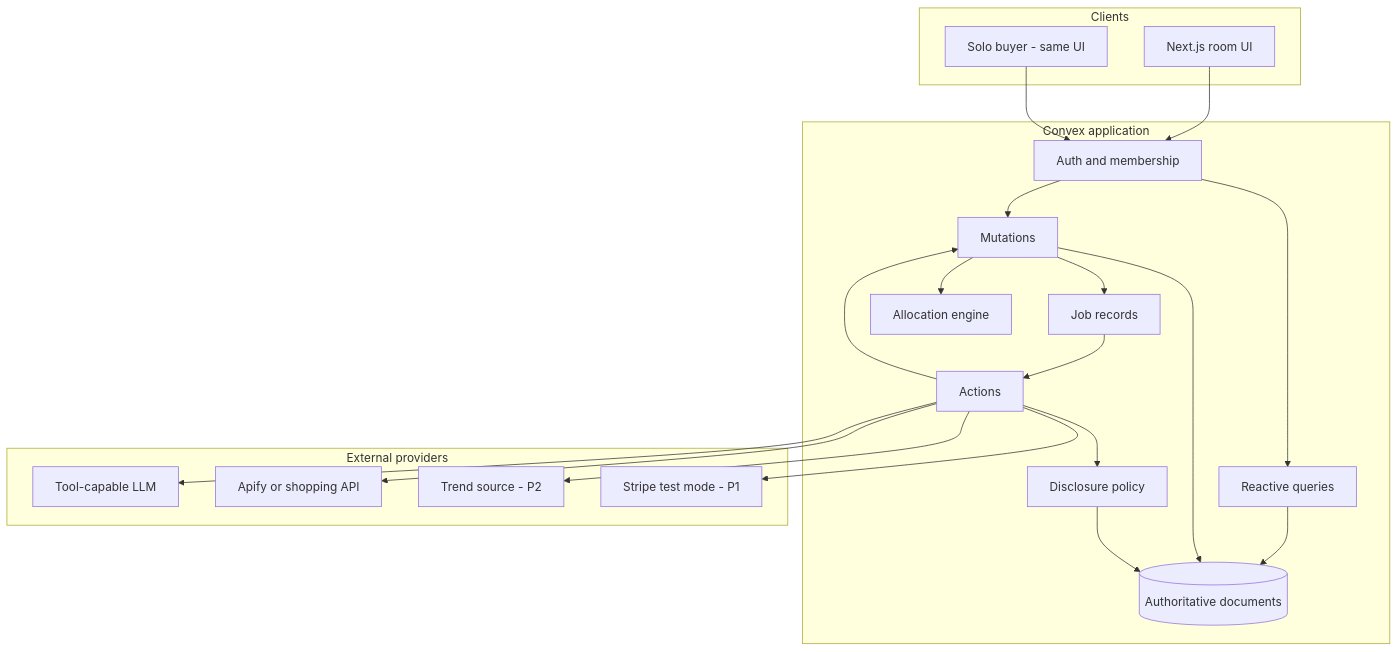
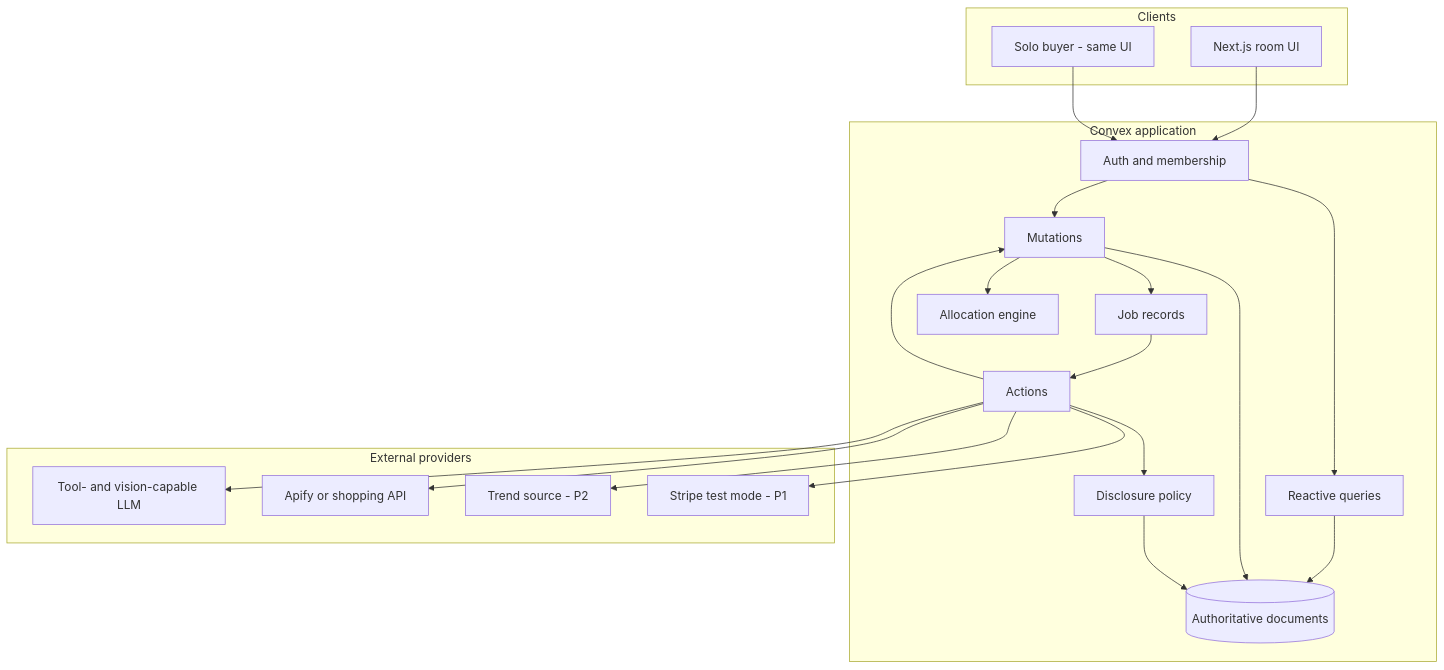
One commit to Jonjlim/calhacks2026 changed the first of 3 diagrams in docs/ARCHITECTURE.md. Above: the diagram before and after it, drawn with Mermaid. The commit also changed other lines of this file and 7 other files, not shown here.

````diff
--- a/docs/ARCHITECTURE.md
+++ b/docs/ARCHITECTURE.md
@@ -50,42 +50,42 @@
 ```mermaid
 flowchart TB
   subgraph clients [Clients]
     Web[Next.js room UI]
     Solo[Solo buyer - same UI]
   end
 
   subgraph convex [Convex application]
     Auth[Auth and membership]
     Q[Reactive queries]
     M[Mutations]
     Jobs[Job records]
     A[Actions]
     Policy[Disclosure policy]
     Alloc[Allocation engine]
     Schema[(Authoritative documents)]
   end
 
   subgraph external [External providers]
-    LLM[Tool-capable LLM]
+    LLM[Tool- and vision-capable LLM]
     Shop[Apify or shopping API]
     Trends[Trend source - P2]
     Stripe[Stripe test mode - P1]
   end
 
   Web --> Auth
   Solo --> Auth
   Auth --> Q
   Auth --> M
   Q --> Schema
   M --> Schema
   M --> Jobs
   M --> Alloc
   Jobs --> A
   A --> LLM
   A --> Shop
   A --> Trends
   A --> Stripe
   A --> Policy
   Policy --> Schema
   A --> M
 ```
````
